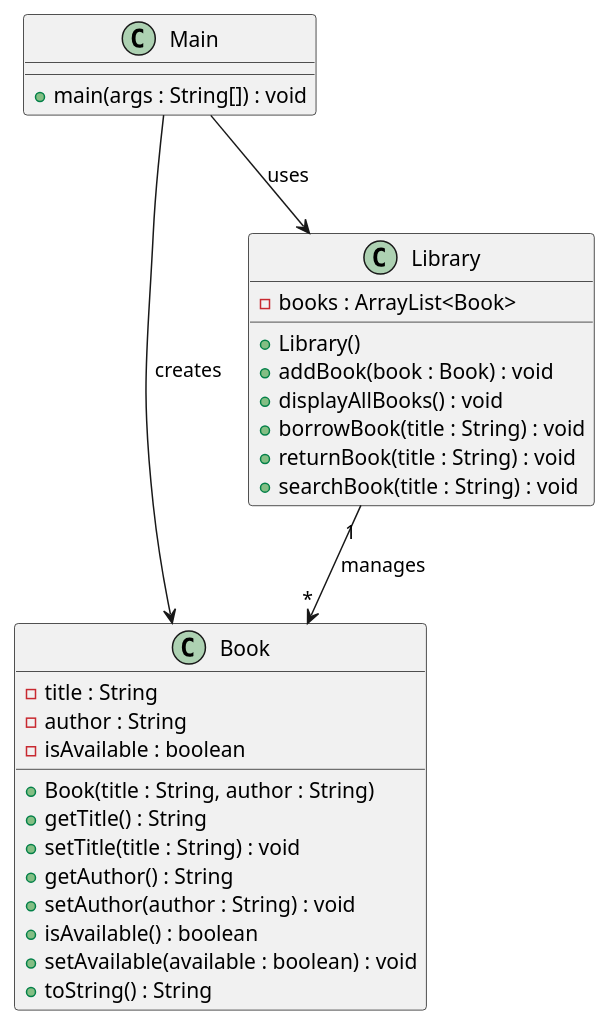
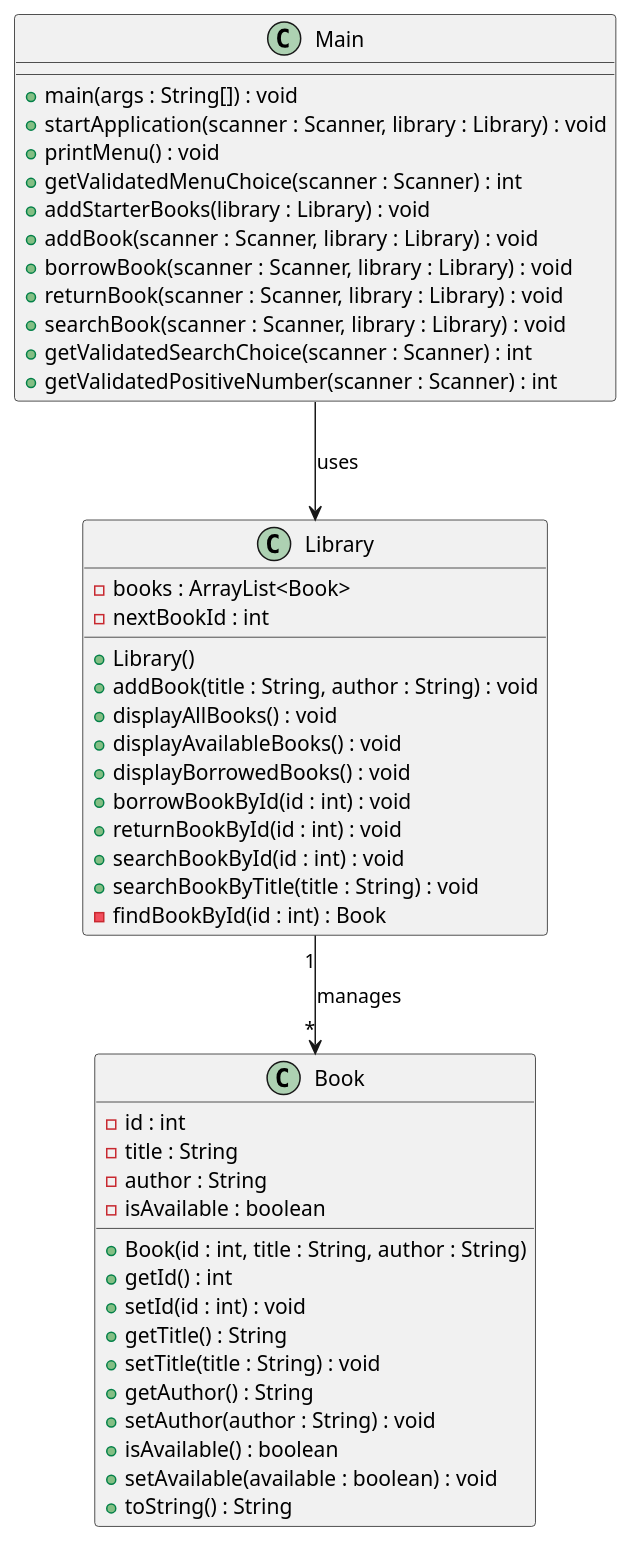
One commit to code-differently/creative-cli-project changed the diagram in Layout.puml. Above: the diagram before and after it, drawn with PlantUML. The commit also changed 3 other files, not shown here.

```diff
--- a/Layout.puml
+++ b/Layout.puml
@@ -1,35 +1,52 @@
 @startuml
 
 class Book {
+  - id : int
   - title : String
   - author : String
   - isAvailable : boolean
-  + Book(title : String, author : String)
+  + Book(id : int, title : String, author : String)
+  + getId() : int
+  + setId(id : int) : void
   + getTitle() : String
   + setTitle(title : String) : void
   + getAuthor() : String
   + setAuthor(author : String) : void
   + isAvailable() : boolean
   + setAvailable(available : boolean) : void
   + toString() : String
 }
 
 class Library {
   - books : ArrayList<Book>
+  - nextBookId : int
   + Library()
-  + addBook(book : Book) : void
+  + addBook(title : String, author : String) : void
   + displayAllBooks() : void
-  + borrowBook(title : String) : void
-  + returnBook(title : String) : void
-  + searchBook(title : String) : void
+  + displayAvailableBooks() : void
+  + displayBorrowedBooks() : void
+  + borrowBookById(id : int) : void
+  + returnBookById(id : int) : void
+  + searchBookById(id : int) : void
+  + searchBookByTitle(title : String) : void
+  - findBookById(id : int) : Book
 }
 
 class Main {
   + main(args : String[]) : void
+  + startApplication(scanner : Scanner, library : Library) : void
+  + printMenu() : void
+  + getValidatedMenuChoice(scanner : Scanner) : int
+  + addStarterBooks(library : Library) : void
+  + addBook(scanner : Scanner, library : Library) : void
+  + borrowBook(scanner : Scanner, library : Library) : void
+  + returnBook(scanner : Scanner, library : Library) : void
+  + searchBook(scanner : Scanner, library : Library) : void
+  + getValidatedSearchChoice(scanner : Scanner) : int
+  + getValidatedPositiveNumber(scanner : Scanner) : int
 }
 
 Library "1" --> "*" Book : manages
 Main --> Library : uses
-Main --> Book : creates
 
 @enduml
```
